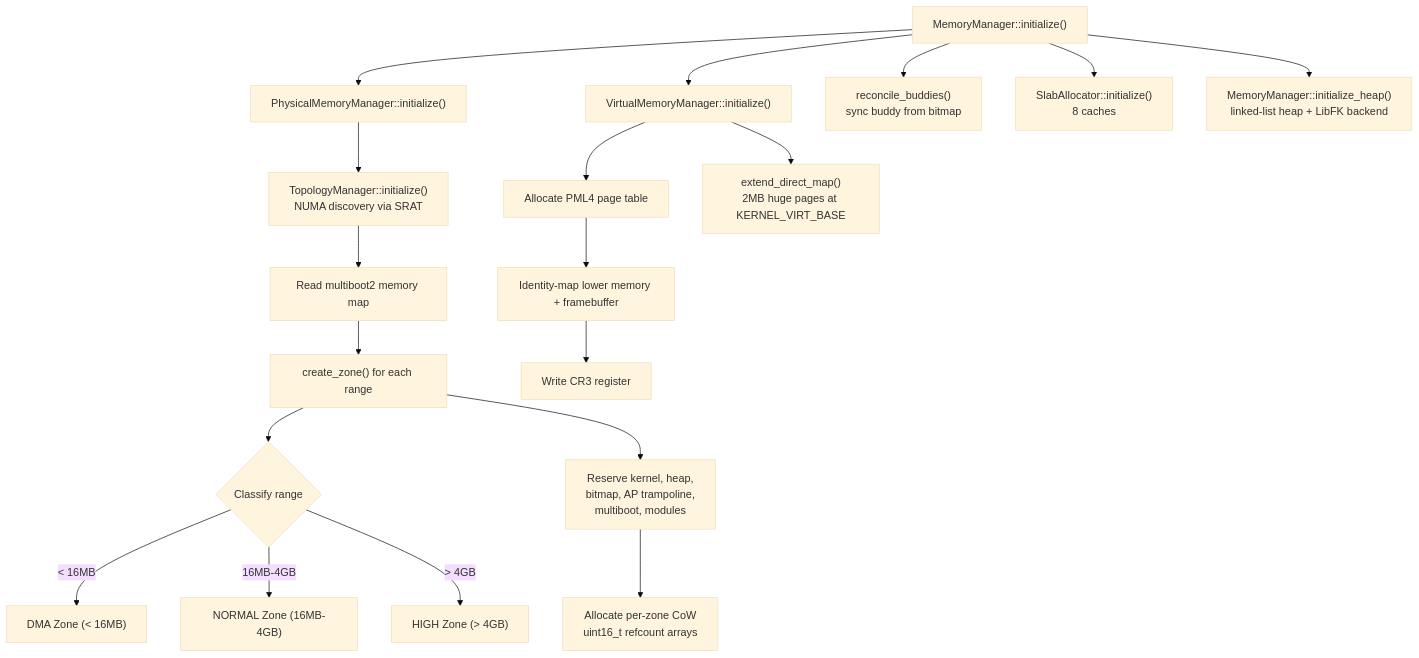
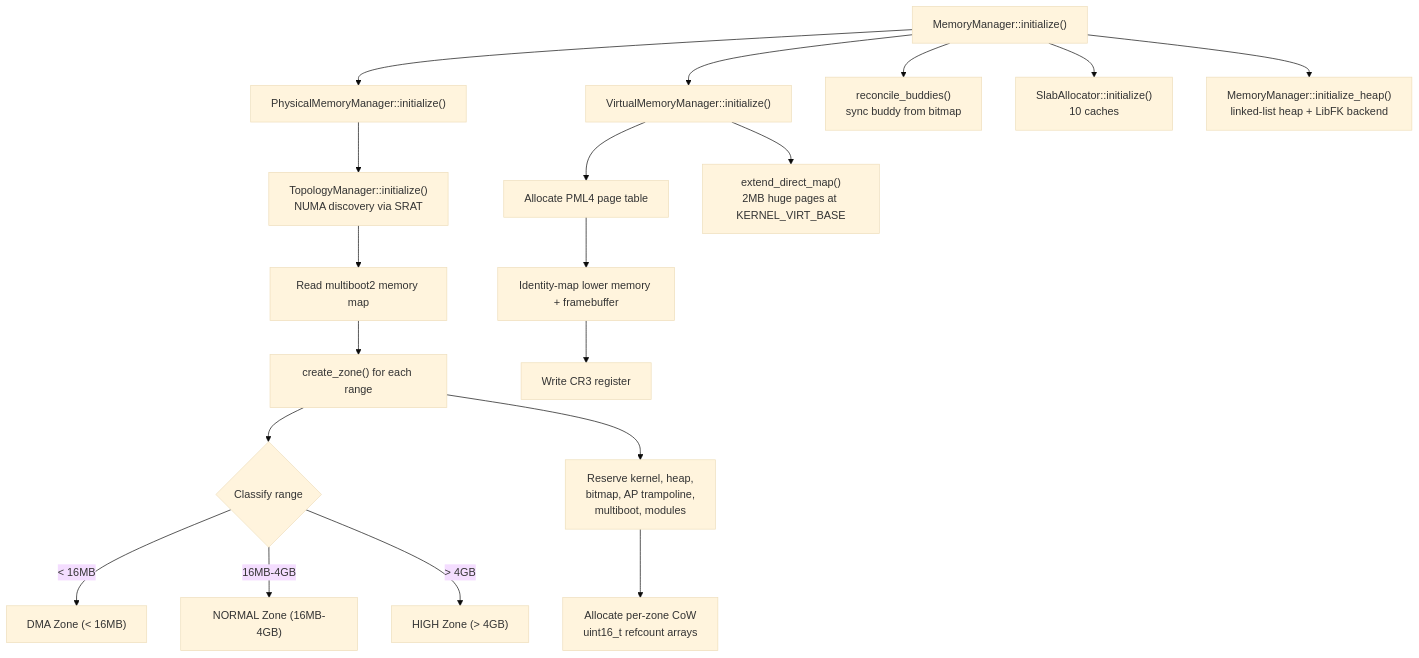
One commit to KitsuneBSD/FKernel changed the second of 8 diagrams in Docs/Domains/memory-management-guide.md. Above: the diagram before and after it, drawn with Mermaid (base theme). The commit also changed other lines of this file and 25 other files, not shown here.

````diff
--- a/Docs/Domains/memory-management-guide.md
+++ b/Docs/Domains/memory-management-guide.md
@@ -45,37 +45,37 @@
 ```mermaid
 flowchart TD
     INIT["MemoryManager::initialize()"]
     PMM_INIT["PhysicalMemoryManager::initialize()"]
     TOPO["TopologyManager::initialize()<br/>NUMA discovery via SRAT"]
     MEMMAP["Read multiboot2 memory map"]
     CREATE_ZONES["create_zone() for each range"]
     CLASSIFY{Classify range}
     DMA["DMA Zone (< 16MB)"]
     NORMAL["NORMAL Zone (16MB-4GB)"]
     HIGH["HIGH Zone (> 4GB)"]
     RESERVE["Reserve kernel, heap,<br/>bitmap, AP trampoline,<br/>multiboot, modules"]
     COW_ALLOC["Allocate per-zone CoW<br/>uint16_t refcount arrays"]
     VMM_INIT["VirtualMemoryManager::initialize()"]
     PML4["Allocate PML4 page table"]
     IDENTITY["Identity-map lower memory + framebuffer"]
     CR3["Write CR3 register"]
     DIRECT_MAP["extend_direct_map()<br/>2MB huge pages at KERNEL_VIRT_BASE"]
     RECONCILE["reconcile_buddies()<br/>sync buddy from bitmap"]
-    SLAB_INIT["SlabAllocator::initialize()<br/>8 caches"]
+    SLAB_INIT["SlabAllocator::initialize()<br/>10 caches"]
     HEAP_INIT["MemoryManager::initialize_heap()<br/>linked-list heap + LibFK backend"]
 
     INIT --> PMM_INIT
     PMM_INIT --> TOPO --> MEMMAP --> CREATE_ZONES
     CREATE_ZONES --> CLASSIFY
     CLASSIFY -->|"< 16MB"| DMA
     CLASSIFY -->|"16MB-4GB"| NORMAL
     CLASSIFY -->|"> 4GB"| HIGH
     CREATE_ZONES --> RESERVE
     RESERVE --> COW_ALLOC
     INIT --> VMM_INIT
     VMM_INIT --> PML4 --> IDENTITY --> CR3
     VMM_INIT --> DIRECT_MAP
     INIT --> RECONCILE
     INIT --> SLAB_INIT
     INIT --> HEAP_INIT
 ```
````
